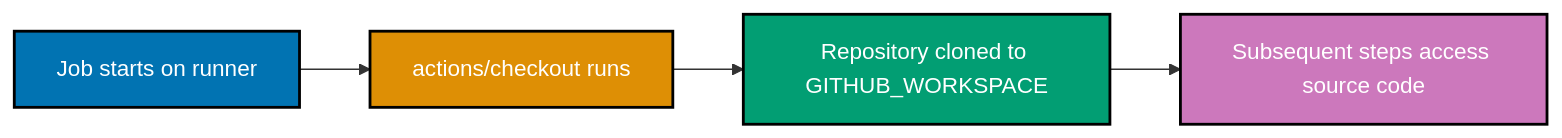
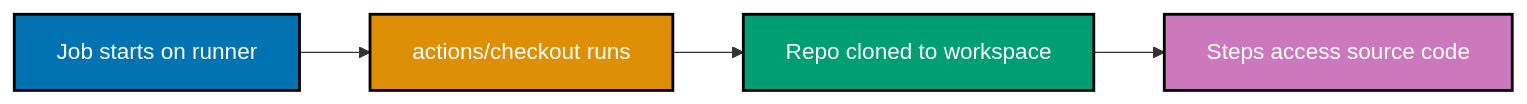
The fourth of 8 diagrams in apps/ayokoding-www/content/en/learn/software-engineering/automation-tools/github-actions/by-example/beginner.md (wahidyankf/baseerah), drawn with Mermaid before and after one commit. The commit also changed other lines of this file and 88 other files, not shown here.

First line of the commit message:
fix(ayokoding-www): resolve pre-existing Mermaid violations, exclude fixtures/plans-done

````diff
--- a/apps/ayokoding-www/content/en/learn/software-engineering/automation-tools/github-actions/by-example/beginner.md
+++ b/apps/ayokoding-www/content/en/learn/software-engineering/automation-tools/github-actions/by-example/beginner.md
@@ -667,11 +667,11 @@
 ```mermaid
 graph LR
     A["Job starts on runner"]:::blue --> B["actions/checkout runs"]:::orange
-    B --> C["Repository cloned to GITHUB_WORKSPACE"]:::teal
-    C --> D["Subsequent steps access source code"]:::purple
+    B --> C["Repo cloned to workspace"]:::teal
+    C --> D["Steps access source code"]:::purple
 
     classDef blue fill:#0173B2,stroke:#000,color:#fff,stroke-width:2px
     classDef orange fill:#DE8F05,stroke:#000,color:#fff,stroke-width:2px
     classDef teal fill:#029E73,stroke:#000,color:#fff,stroke-width:2px
     classDef purple fill:#CC78BC,stroke:#000,color:#fff,stroke-width:2px
 ```
````
